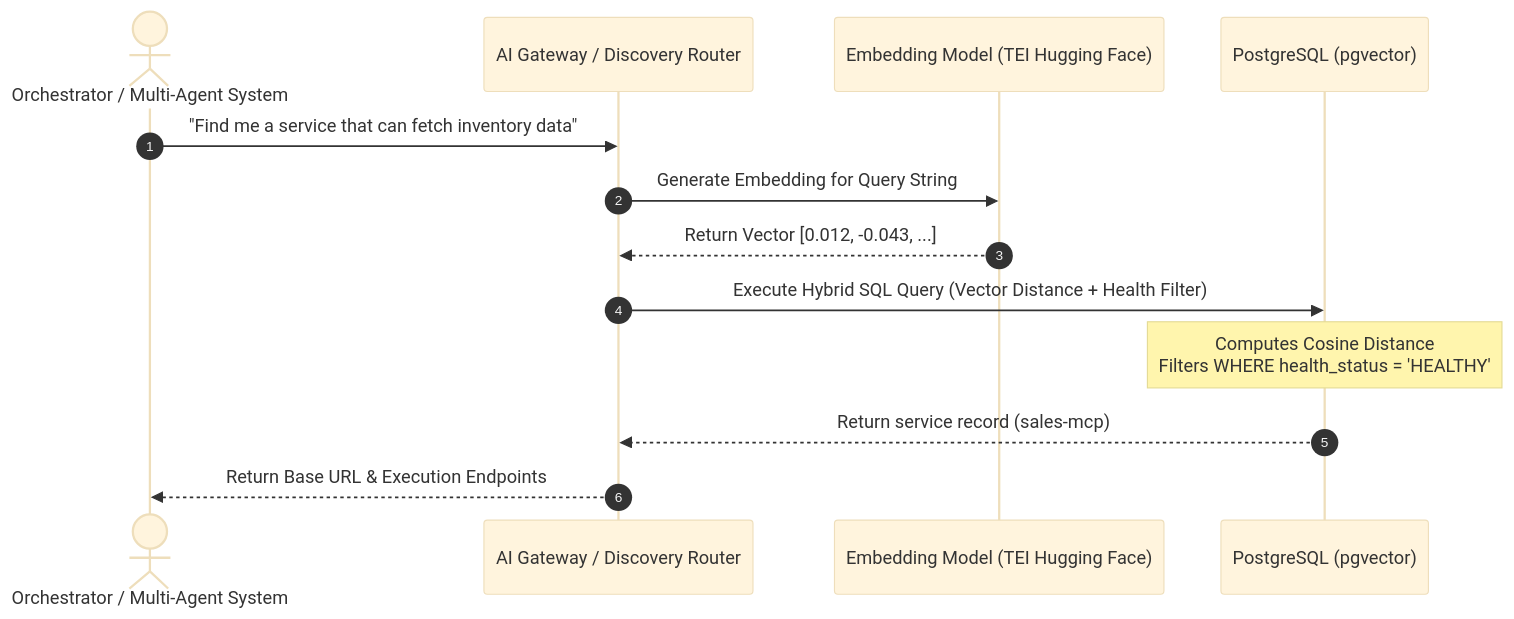
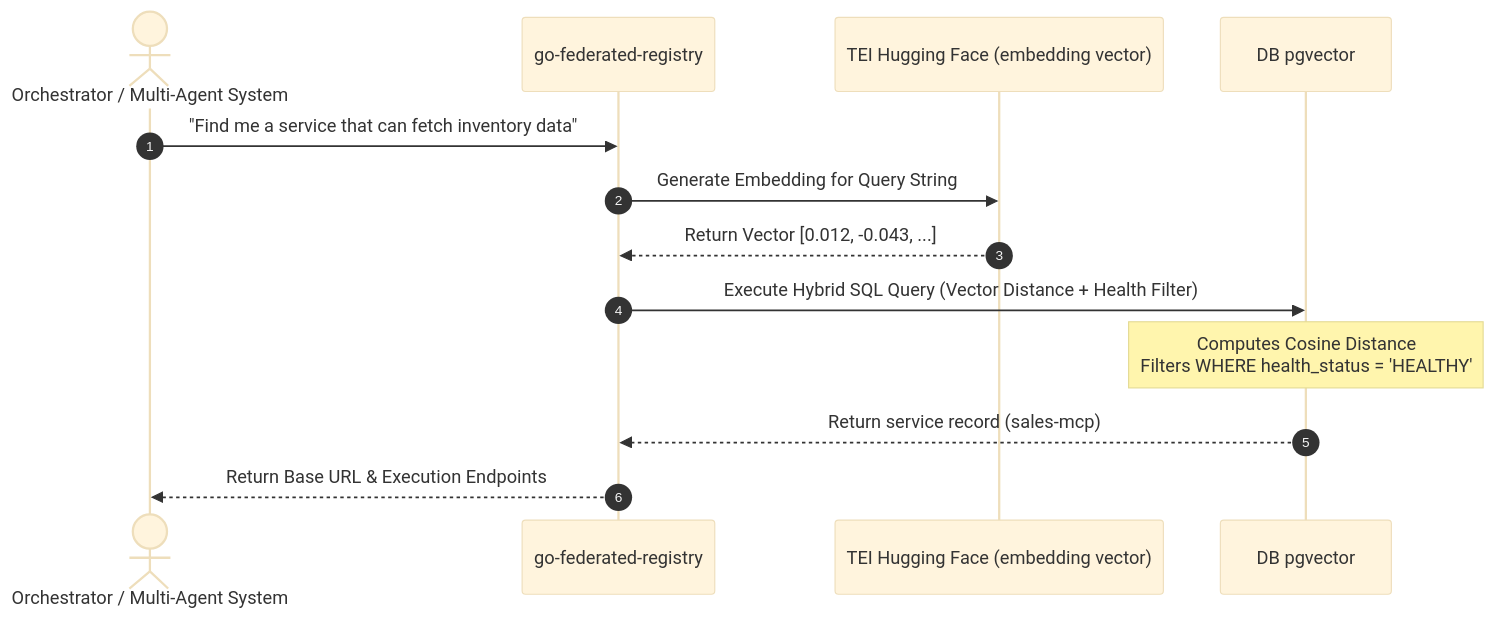
Before and after one commit to eliezerraj/go-federated-registry-service: the first of 2 diagrams in README.md, drawn with Mermaid (base theme). The commit also changed other lines of this file and 2 other files, not shown here.

````diff
--- a/README.md
+++ b/README.md
@@ -12,16 +13,16 @@
 ```mermaid
 sequenceDiagram
     autonumber
     actor Client as Orchestrator / Multi-Agent System
-    participant GW as AI Gateway / Discovery Router
-    participant LLM as Embedding Model (TEI Hugging Face)
-    participant DB as PostgreSQL (pgvector)
+    participant Service as go-federated-registry
+    participant LLM as TEI Hugging Face (embedding vector)
+    participant DB as DB pgvector
     
-    Client->>GW: "Find me a service that can fetch inventory data"
-    GW->>LLM: Generate Embedding for Query String
-    LLM-->>GW: Return Vector [0.012, -0.043, ...]
-    GW->>DB: Execute Hybrid SQL Query (Vector Distance + Health Filter)
+    Client->>Service: "Find me a service that can fetch inventory data"
+    Service->>LLM: Generate Embedding for Query String
+    LLM-->>Service: Return Vector [0.012, -0.043, ...]
+    Service->>DB: Execute Hybrid SQL Query (Vector Distance + Health Filter)
     Note over DB: Computes Cosine Distance<br/>Filters WHERE health_status = 'HEALTHY'
-    DB-->>GW: Return service record (sales-mcp)
-    GW-->>Client: Return Base URL & Execution Endpoints
+    DB-->>Service: Return service record (sales-mcp)
+    Service-->>Client: Return Base URL & Execution Endpoints
 ```
````
